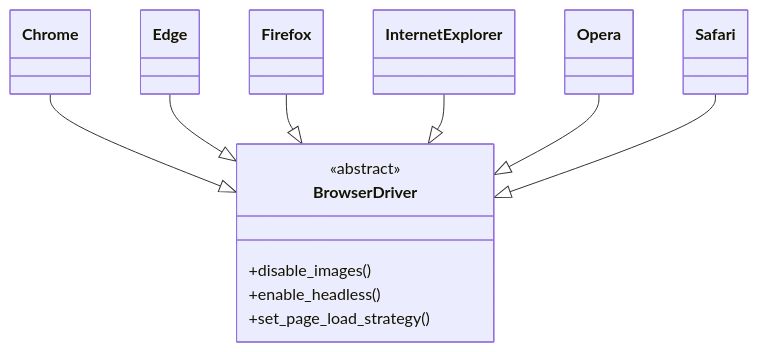
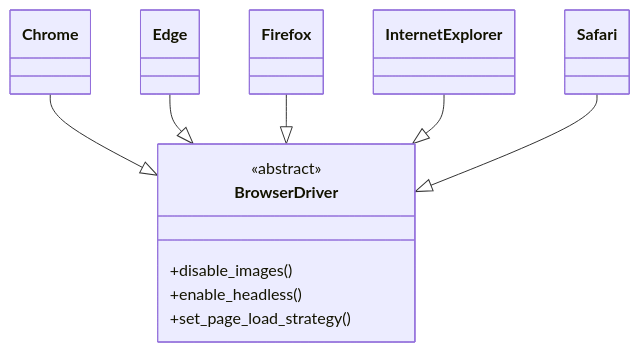
One commit to jakob-bagterp/browserist changed the diagram in src/browserist/model/browser/README.md. Above: the diagram before and after it, drawn with Mermaid. The commit also changed 4 other files, not shown here.

````diff
--- a/src/browserist/model/browser/README.md
+++ b/src/browserist/model/browser/README.md
@@ -4,15 +4,14 @@
 ```mermaid
 classDiagram
 class BrowserDriver {
     <<abstract>>
     +disable_images()
     +enable_headless()
     +set_page_load_strategy()
 }
 Chrome --|> BrowserDriver
 Edge --|> BrowserDriver
 Firefox --|> BrowserDriver
 InternetExplorer --|> BrowserDriver
-Opera --|> BrowserDriver
 Safari --|> BrowserDriver
 ```
````
